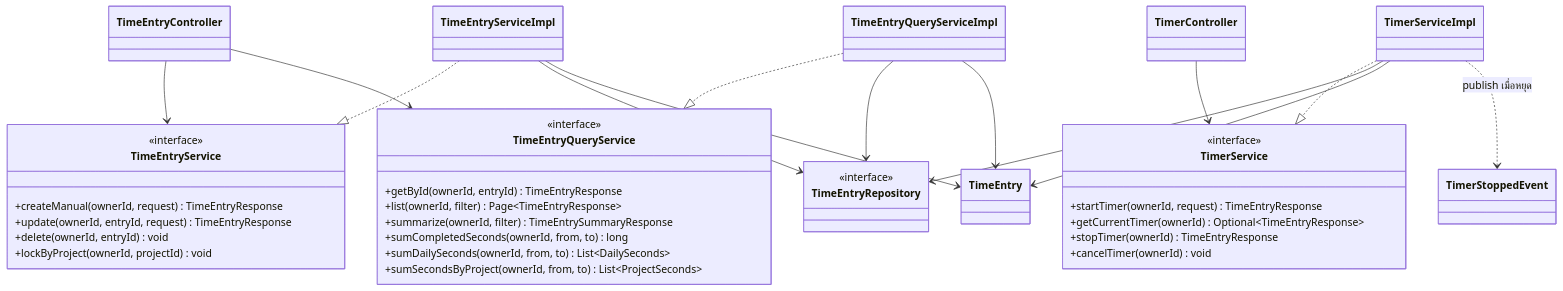
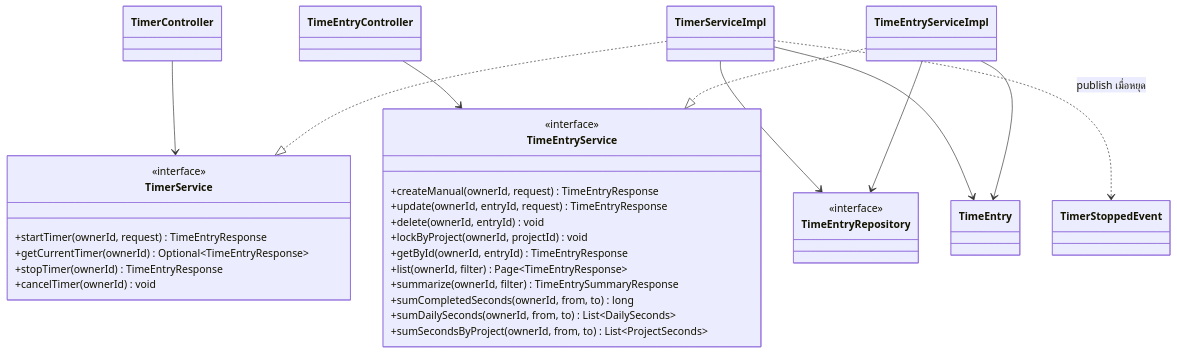
The first of 2 diagrams in doc/V1/DESIGN/kompat-design.md (lillianxhub/freelance-hub), drawn with Mermaid before and after one commit. The commit also changed other lines of this file and 17 other files, not shown here.

Commit message:
Refactor: consolidate time entry services

````diff
--- a/doc/V1/DESIGN/kompat-design.md
+++ b/doc/V1/DESIGN/kompat-design.md
@@ -19,50 +19,42 @@
 ```mermaid
 classDiagram
     class TimerController
     class TimeEntryController
     class TimerService {
         <<interface>>
         +startTimer(ownerId, request) TimeEntryResponse
         +getCurrentTimer(ownerId) Optional~TimeEntryResponse~
         +stopTimer(ownerId) TimeEntryResponse
         +cancelTimer(ownerId) void
     }
     class TimeEntryService {
         <<interface>>
         +createManual(ownerId, request) TimeEntryResponse
         +update(ownerId, entryId, request) TimeEntryResponse
         +delete(ownerId, entryId) void
         +lockByProject(ownerId, projectId) void
-    }
-    class TimeEntryQueryService {
-        <<interface>>
         +getById(ownerId, entryId) TimeEntryResponse
         +list(ownerId, filter) Page~TimeEntryResponse~
         +summarize(ownerId, filter) TimeEntrySummaryResponse
         +sumCompletedSeconds(ownerId, from, to) long
         +sumDailySeconds(ownerId, from, to) List~DailySeconds~
         +sumSecondsByProject(ownerId, from, to) List~ProjectSeconds~
     }
     class TimerServiceImpl
     class TimeEntryServiceImpl
-    class TimeEntryQueryServiceImpl
     class TimeEntryRepository {
         <<interface>>
     }
     class TimeEntry
     class TimerStoppedEvent
 
     TimerController --> TimerService
     TimeEntryController --> TimeEntryService
-    TimeEntryController --> TimeEntryQueryService
     TimerServiceImpl ..|> TimerService
     TimeEntryServiceImpl ..|> TimeEntryService
-    TimeEntryQueryServiceImpl ..|> TimeEntryQueryService
     TimerServiceImpl --> TimeEntryRepository
     TimeEntryServiceImpl --> TimeEntryRepository
-    TimeEntryQueryServiceImpl --> TimeEntryRepository
     TimerServiceImpl --> TimeEntry
     TimeEntryServiceImpl --> TimeEntry
-    TimeEntryQueryServiceImpl --> TimeEntry
     TimerServiceImpl ..> TimerStoppedEvent : publish เมื่อหยุด
 ```
````
